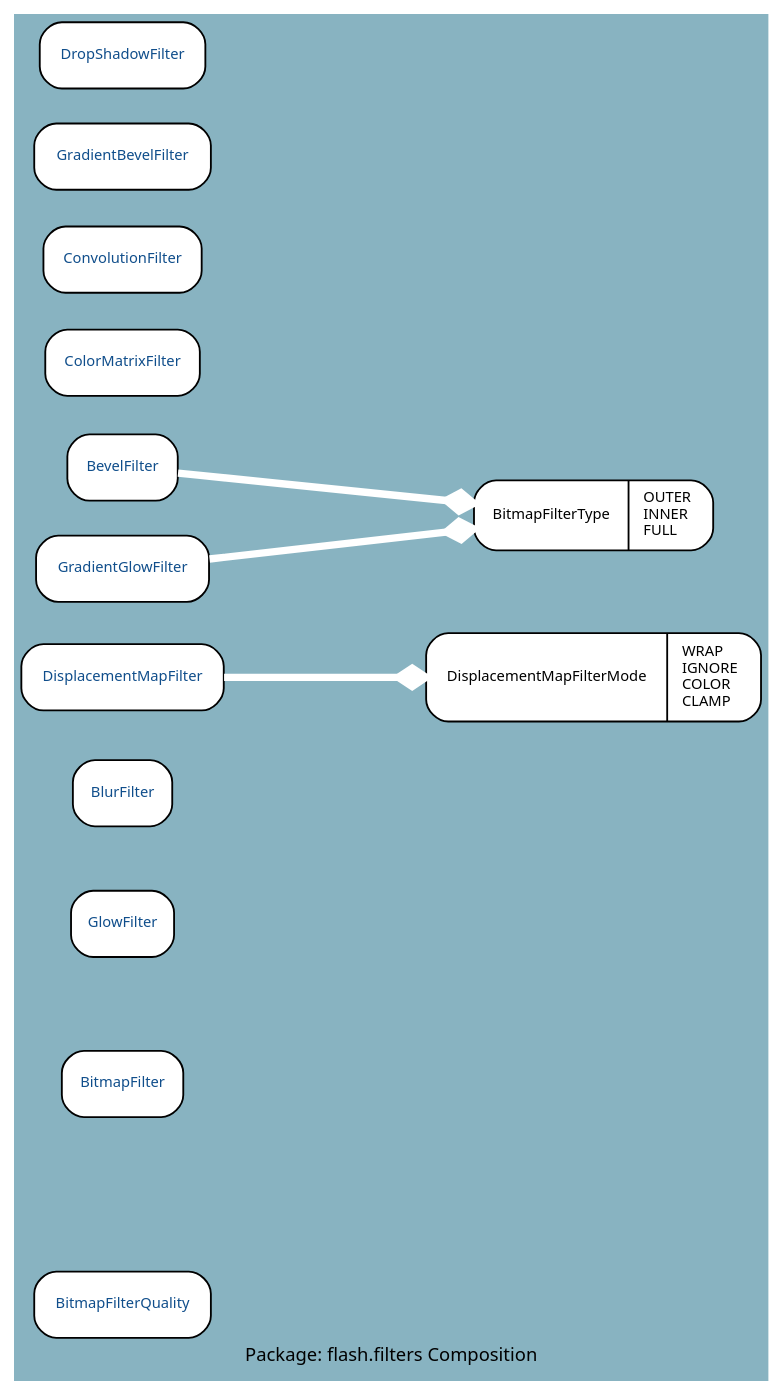
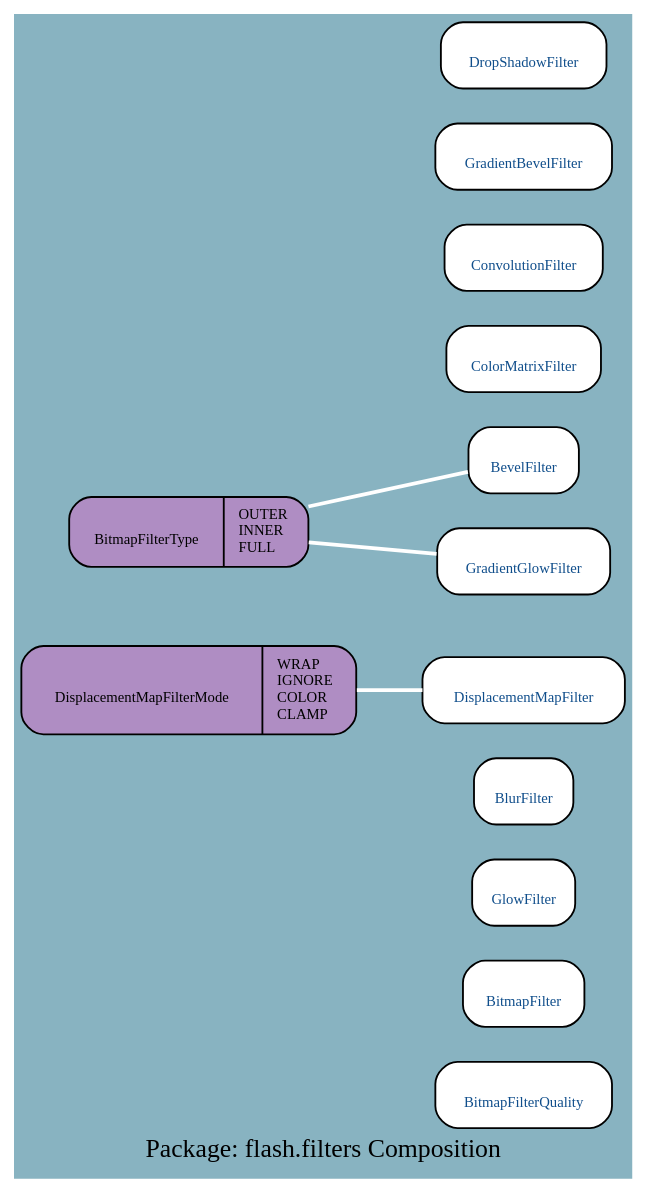
Before and after one commit to google-code-export/haxegui: the diagram in docs/uml/flash.filters_C.dot, drawn with Graphviz. The commit also changed 398 other files, not shown here.

```diff
--- a/docs/uml/flash.filters_C.dot
+++ b/docs/uml/flash.filters_C.dot
@@ -1,23 +1,23 @@
 digraph uml {
-	graph [label="Package: flash.filters Composition", ratio=compress, rankdir=LR, size="24,12", fontname=Sans, fontsize=10, bgcolor="#88B3C1", fontcolor=black];
-	node [label="\N", fontname=Sans, fontsize=8, shape=record, color=black, fontcolor=black];
-	edge [fontname=Sans, fontsize=8, minlen=3, color=black, fontcolor=black];
-	graph [lp="203,10",
-		bb="0,0,406,732"];
-	"flash.filters.BitmapFilterQuality" [label="{BitmapFilterQuality}", fontcolor="#104E8B", style="rounded,filled", fillcolor=white, URL="../types/flash/filters/BitmapFilterQuality.html", tooltip=BitmapFilterQuality, portPos=BitmapFilterQuality, pos="56,39", rects="8,21,104,57", width="1.33", height="0.50"];
-	"flash.filters.BitmapFilter" [label="{BitmapFilter}", fontcolor="#104E8B", style="rounded,filled", fillcolor=white, URL="../types/flash/filters/BitmapFilter.html", tooltip=BitmapFilter, portPos=BitmapFilter, pos="56,161", rects="23,143,89,179", width="0.92", height="0.50"];
-	"flash.filters.GlowFilter" [label="{GlowFilter}", fontcolor="#104E8B", style="rounded,filled", fillcolor=white, URL="../types/flash/filters/GlowFilter.html", tooltip=GlowFilter, portPos=GlowFilter, pos="56,249", rects="28,231,85,267", width="0.78", height="0.50"];
-	"flash.filters.BlurFilter" [label="{BlurFilter}", fontcolor="#104E8B", style="rounded,filled", fillcolor=white, URL="../types/flash/filters/BlurFilter.html", tooltip=BlurFilter, portPos=BlurFilter, pos="56,320", rects="29,302,83,338", width="0.75", height="0.50"];
-	"flash.filters.DisplacementMapFilter" [label="{DisplacementMapFilter}", fontcolor="#104E8B", style="rounded,filled", fillcolor=white, URL="../types/flash/filters/DisplacementMapFilter.html", tooltip=DisplacementMapFilter, portPos=DisplacementMapFilter, pos="56,382", rects="1,364,112,400", width="1.53", height="0.50"];
-	"flash.filters.DisplacementMapFilterMode" [label="{DisplacementMapFilterMode|WRAP\lIGNORE\lCOLOR\lCLAMP\l}", style="rounded,filled", fillcolor=white, pos="315,382", rects="224,358,358,406 358,358,406,406", width="2.53", height="0.67"];
-	"flash.filters.BevelFilter" [label="{BevelFilter}", fontcolor="#104E8B", style="rounded,filled", fillcolor=white, URL="../types/flash/filters/BevelFilter.html", tooltip=BevelFilter, portPos=BevelFilter, pos="56,493", rects="26,475,86,511", width="0.83", height="0.50"];
-	"flash.filters.BitmapFilterType" [label="{BitmapFilterType|OUTER\lINNER\lFULL\l}", style="rounded,filled", fillcolor=white, pos="315,468", rects="250,449,335,487 335,449,380,487", width="1.81", height="0.53"];
-	"flash.filters.ColorMatrixFilter" [label="{ColorMatrixFilter}", fontcolor="#104E8B", style="rounded,filled", fillcolor=white, URL="../types/flash/filters/ColorMatrixFilter.html", tooltip=ColorMatrixFilter, portPos=ColorMatrixFilter, pos="56,550", rects="14,532,98,568", width="1.17", height="0.50"];
-	"flash.filters.ConvolutionFilter" [label="{ConvolutionFilter}", fontcolor="#104E8B", style="rounded,filled", fillcolor=white, URL="../types/flash/filters/ConvolutionFilter.html", tooltip=ConvolutionFilter, portPos=ConvolutionFilter, pos="56,605", rects="13,587,99,623", width="1.19", height="0.50"];
-	"flash.filters.GradientBevelFilter" [label="{GradientBevelFilter}", fontcolor="#104E8B", style="rounded,filled", fillcolor=white, URL="../types/flash/filters/GradientBevelFilter.html", tooltip=GradientBevelFilter, portPos=GradientBevelFilter, pos="56,660", rects="8,642,104,678", width="1.33", height="0.50"];
-	"flash.filters.DropShadowFilter" [label="{DropShadowFilter}", fontcolor="#104E8B", style="rounded,filled", fillcolor=white, URL="../types/flash/filters/DropShadowFilter.html", tooltip=DropShadowFilter, portPos=DropShadowFilter, pos="56,714", rects="11,696,101,732", width="1.25", height="0.50"];
-	"flash.filters.GradientGlowFilter" [label="{GradientGlowFilter}", fontcolor="#104E8B", style="rounded,filled", fillcolor=white, URL="../types/flash/filters/GradientGlowFilter.html", tooltip=GradientGlowFilter, portPos=GradientGlowFilter, pos="56,439", rects="9,421,103,457", width="1.31", height="0.50"];
-	"flash.filters.DisplacementMapFilter" -> "flash.filters.DisplacementMapFilterMode" [color=white, style="setlinewidth(4)", arrowhead=diamond, arrowsize="1.25", pos="e,224,382 112,382 140,382 176,382 209,382"];
-	"flash.filters.BevelFilter" -> "flash.filters.BitmapFilterType" [color=white, style="setlinewidth(4)", arrowhead=diamond, arrowsize="1.25", pos="e,250,474 86,490 122,486 185,480 235,475"];
-	"flash.filters.GradientGlowFilter" -> "flash.filters.BitmapFilterType" [color=white, style="setlinewidth(4)", arrowhead=diamond, arrowsize="1.25", pos="e,250,461 103,444 140,448 192,455 235,459"];
+	graph [label="Package: flash.filters Composition", ratio=compress, rankdir=RL, smoothing=avg_dist, overlap=false, fontname="DejaVu Sans Condenesed", fontsize=14, bgcolor="#88B3C1", fontcolor=black];
+	node [label="\N", fontname="DejaVu Sans Condenesed", fontsize=8, shape=record, color=black, fontcolor=black];
+	edge [fontname="DejaVu Sans Condenesed", fontsize=8, color=black, fontcolor=black];
+	graph [lp="165,12",
+		bb="0,0,330,605"];
+	"flash.filters.BitmapFilterQuality" [label="{\nBitmapFilterQuality}", fontcolor="#104E8B", style="rounded,filled", fillcolor=white, URL="../types/flash/filters/BitmapFilterQuality.html", tooltip="\nBitmapFilterQuality", pos="274,43", rects="226,25,322,61", width="1.33", height="0.50"];
+	"flash.filters.BitmapFilter" [label="{\nBitmapFilter}", fontcolor="#104E8B", style="rounded,filled", fillcolor=white, URL="../types/flash/filters/BitmapFilter.html", tooltip="\nBitmapFilter", pos="274,97", rects="241,79,307,115", width="0.92", height="0.50"];
+	"flash.filters.GlowFilter" [label="{\nGlowFilter}", fontcolor="#104E8B", style="rounded,filled", fillcolor=white, URL="../types/flash/filters/GlowFilter.html", tooltip="\nGlowFilter", pos="274,151", rects="246,133,303,169", width="0.78", height="0.50"];
+	"flash.filters.BlurFilter" [label="{\nBlurFilter}", fontcolor="#104E8B", style="rounded,filled", fillcolor=white, URL="../types/flash/filters/BlurFilter.html", tooltip="\nBlurFilter", pos="274,205", rects="247,187,301,223", width="0.75", height="0.50"];
+	"flash.filters.DisplacementMapFilter" [label="{\nDisplacementMapFilter}", fontcolor="#104E8B", style="rounded,filled", fillcolor=white, URL="../types/flash/filters/DisplacementMapFilter.html", tooltip="\nDisplacementMapFilter", pos="274,259", rects="219,241,330,277", width="1.53", height="0.50"];
+	"flash.filters.DisplacementMapFilterMode" [label="{\nDisplacementMapFilterMode|WRAP\lIGNORE\lCOLOR\lCLAMP\l}", style="rounded,filled", fillcolor="#af8dc3", pos="91,259", rects="0,235,134,283 134,235,182,283", width="2.53", height="0.67"];
+	"flash.filters.BevelFilter" [label="{\nBevelFilter}", fontcolor="#104E8B", style="rounded,filled", fillcolor=white, URL="../types/flash/filters/BevelFilter.html", tooltip="\nBevelFilter", pos="274,371", rects="244,353,304,389", width="0.83", height="0.50"];
+	"flash.filters.BitmapFilterType" [label="{\nBitmapFilterType|OUTER\lINNER\lFULL\l}", style="rounded,filled", fillcolor="#af8dc3", pos="91,320", rects="26,301,111,339 111,301,156,339", width="1.81", height="0.53"];
+	"flash.filters.ColorMatrixFilter" [label="{\nColorMatrixFilter}", fontcolor="#104E8B", style="rounded,filled", fillcolor=white, URL="../types/flash/filters/ColorMatrixFilter.html", tooltip="\nColorMatrixFilter", pos="274,425", rects="232,407,316,443", width="1.17", height="0.50"];
+	"flash.filters.ConvolutionFilter" [label="{\nConvolutionFilter}", fontcolor="#104E8B", style="rounded,filled", fillcolor=white, URL="../types/flash/filters/ConvolutionFilter.html", tooltip="\nConvolutionFilter", pos="274,479", rects="231,461,317,497", width="1.19", height="0.50"];
+	"flash.filters.GradientBevelFilter" [label="{\nGradientBevelFilter}", fontcolor="#104E8B", style="rounded,filled", fillcolor=white, URL="../types/flash/filters/GradientBevelFilter.html", tooltip="\nGradientBevelFilter", pos="274,533", rects="226,515,322,551", width="1.33", height="0.50"];
+	"flash.filters.DropShadowFilter" [label="{\nDropShadowFilter}", fontcolor="#104E8B", style="rounded,filled", fillcolor=white, URL="../types/flash/filters/DropShadowFilter.html", tooltip="\nDropShadowFilter", pos="274,587", rects="229,569,319,605", width="1.25", height="0.50"];
+	"flash.filters.GradientGlowFilter" [label="{\nGradientGlowFilter}", fontcolor="#104E8B", style="rounded,filled", fillcolor=white, URL="../types/flash/filters/GradientGlowFilter.html", tooltip="\nGradientGlowFilter", pos="274,317", rects="227,299,321,335", width="1.31", height="0.50"];
+	"flash.filters.DisplacementMapFilter" -> "flash.filters.DisplacementMapFilterMode" [color=white, style=bold, arrowhead=none, arrowtail=diamond, arrowsize=1, pos="s,219,259 207,259 199,259 191,259 182,259"];
+	"flash.filters.BevelFilter" -> "flash.filters.BitmapFilterType" [color=white, style=bold, arrowhead=none, arrowtail=diamond, arrowsize=1, pos="s,244,363 232,360 210,353 181,346 156,338"];
+	"flash.filters.GradientGlowFilter" -> "flash.filters.BitmapFilterType" [color=white, style=bold, arrowhead=none, arrowtail=diamond, arrowsize=1, pos="s,227,318 215,318 196,318 176,319 156,319"];
 }
```
